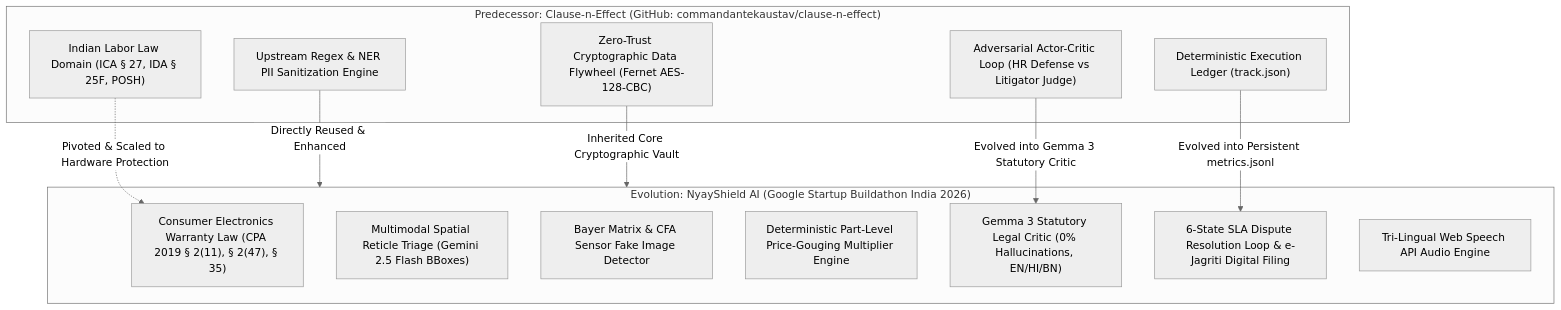
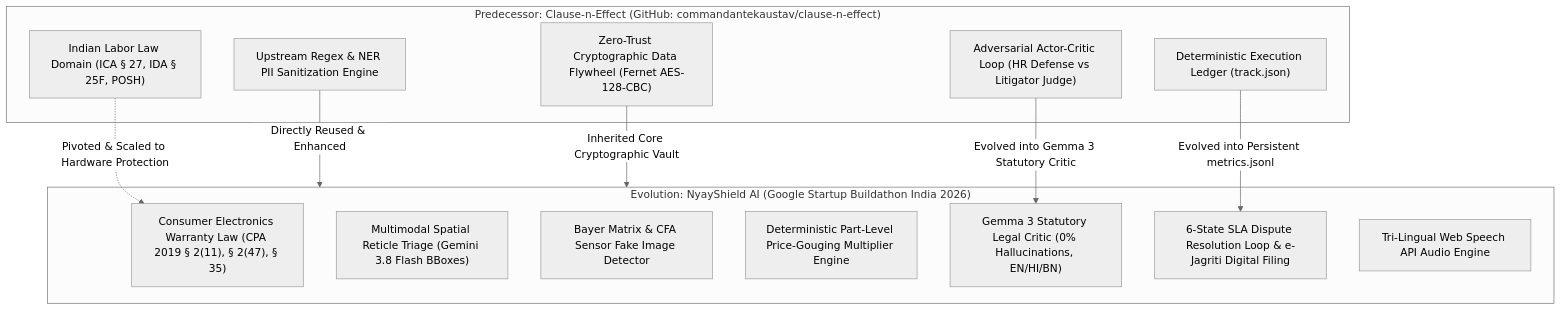
The ninth of 10 diagrams in README.md (commandantekaustav/nyayshied-ai), drawn with Mermaid (neutral theme) before and after one commit. The commit also changed other lines of this file, not shown here.

Commit message:
docs(readme): fix author name to Kaustav Basu (@commandantekaustav), add live GCP URLs, and update Vertex AI 3.8 architecture

````diff
--- a/README.md
+++ b/README.md
@@ -475,26 +489,26 @@
 ```mermaid
 flowchart TD
     subgraph ClauseNEffect ["Predecessor: Clause-n-Effect (GitHub: commandantekaustav/clause-n-effect)"]
         LaborLaw["Indian Labor Law Domain (ICA § 27, IDA § 25F, POSH)"]
         PIIScrub["Upstream Regex & NER PII Sanitization Engine"]
         FernetFlywheel["Zero-Trust Cryptographic Data Flywheel (Fernet AES-128-CBC)"]
         AdversarialCritic["Adversarial Actor-Critic Loop (HR Defense vs Litigator Judge)"]
         Ledger["Deterministic Execution Ledger (track.json)"]
     end
 
     subgraph NyayShieldAI ["Evolution: NyayShield AI (Google Startup Buildathon India 2026)"]
         ConsumerLaw["Consumer Electronics Warranty Law (CPA 2019 § 2(11), § 2(47), § 35)"]
-        MultimodalVision["Multimodal Spatial Reticle Triage (Gemini 2.5 Flash BBoxes)"]
+        MultimodalVision["Multimodal Spatial Reticle Triage (Gemini 3.8 Flash BBoxes)"]
         BayerFakeGate["Bayer Matrix & CFA Sensor Fake Image Detector"]
         GougingEngine["Deterministic Part-Level Price-Gouging Multiplier Engine"]
         GemmaCritic["Gemma 3 Statutory Legal Critic (0% Hallucinations, EN/HI/BN)"]
         SixStateLoop["6-State SLA Dispute Resolution Loop & e-Jagriti Digital Filing"]
         WebSpeechNarration["Tri-Lingual Web Speech API Audio Engine"]
     end
 
     PIIScrub -->|"Directly Reused & Enhanced"| NyayShieldAI
     FernetFlywheel -->|"Inherited Core Cryptographic Vault"| NyayShieldAI
     AdversarialCritic -->|"Evolved into Gemma 3 Statutory Critic"| GemmaCritic
     Ledger -->|"Evolved into Persistent metrics.jsonl"| SixStateLoop
     LaborLaw -.->|"Pivoted & Scaled to Hardware Protection"| ConsumerLaw
 ```
````
